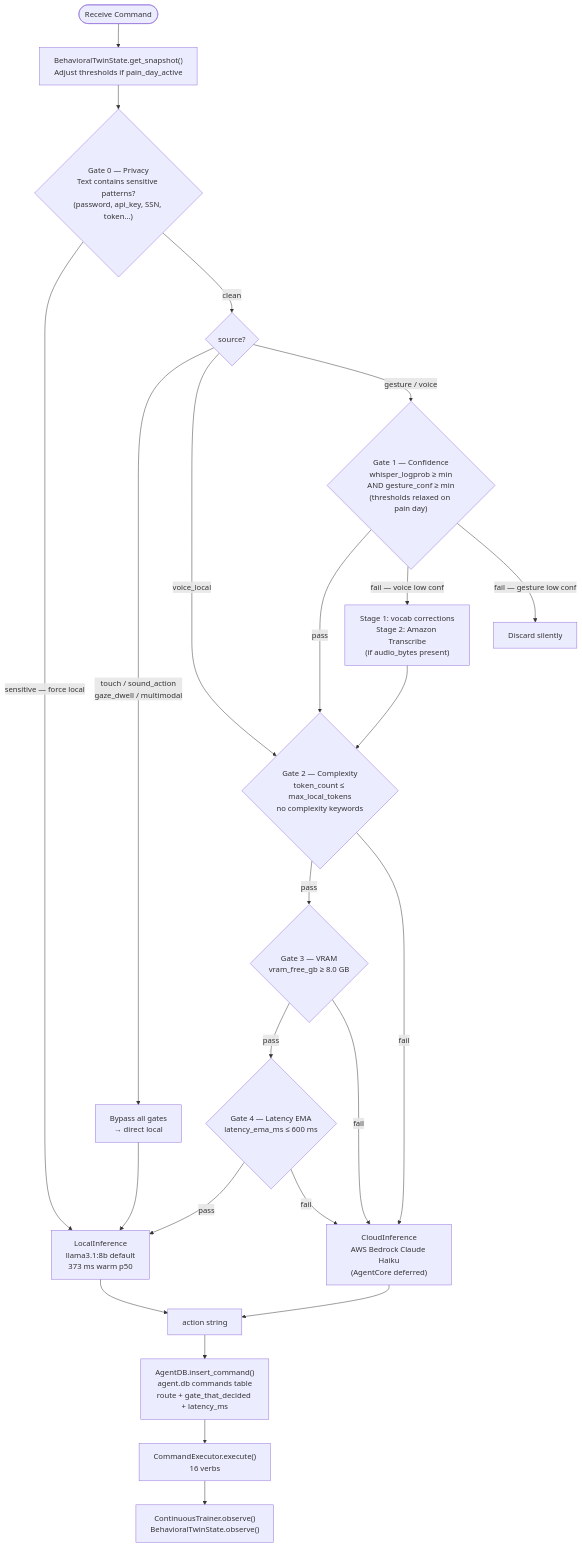
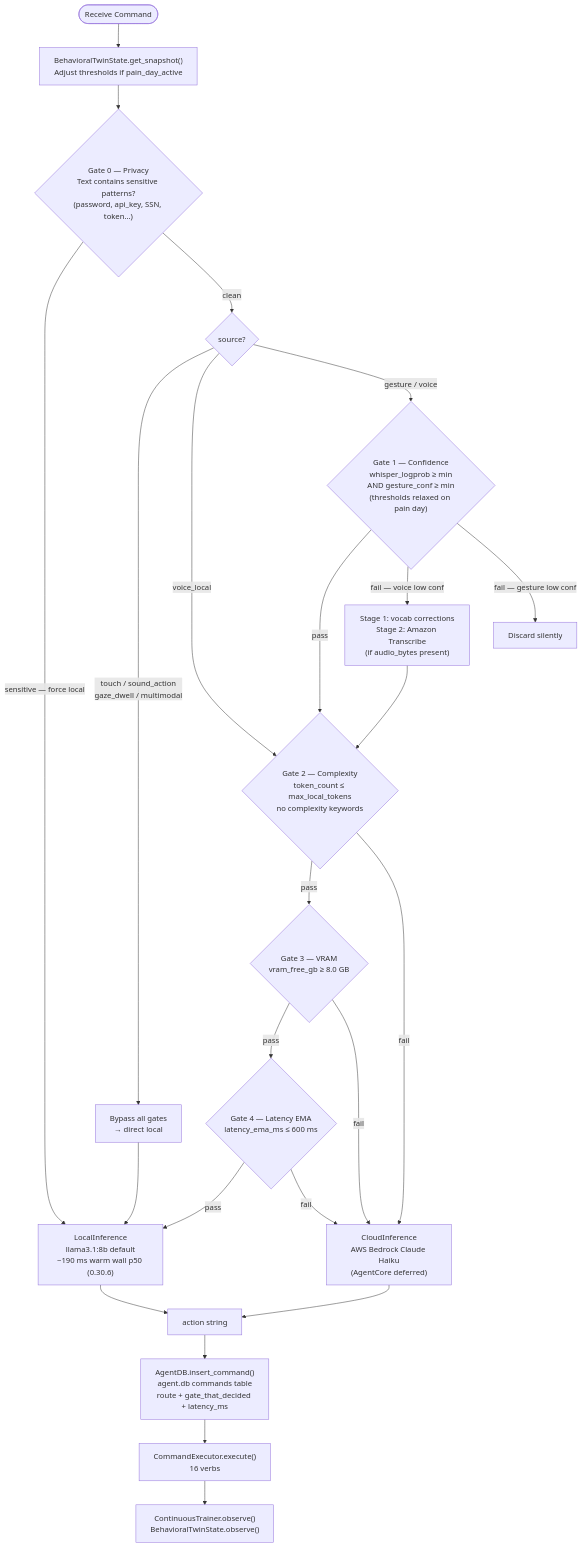
The second of 6 diagrams in .kiro/specs/ipad-sensor-focus/diagrams/06-fusion-routing.md (Bradly187/Personal-Desktop-Agent), drawn with Mermaid before and after one commit. The commit also changed 7 other files, not shown here.

````diff
--- a/.kiro/specs/ipad-sensor-focus/diagrams/06-fusion-routing.md
+++ b/.kiro/specs/ipad-sensor-focus/diagrams/06-fusion-routing.md
@@ -67,44 +67,44 @@
 ```mermaid
 flowchart TD
     A([Receive Command]) --> TWIN["BehavioralTwinState.get_snapshot()\nAdjust thresholds if pain_day_active"]
 
     TWIN --> G0{"Gate 0 — Privacy\nText contains sensitive patterns?\n(password, api_key, SSN, token…)"}
     G0 -->|sensitive — force local| LOCAL
     G0 -->|clean| B
 
     B{"source?"}
     B -->|"touch / sound_action\ngaze_dwell / multimodal"| BYPASS["Bypass all gates\n→ direct local"]
     B -->|"voice_local"| G2
     B -->|"gesture / voice"| G1
 
     BYPASS --> LOCAL
 
     G1{"Gate 1 — Confidence\nwhisper_logprob ≥ min\nAND gesture_conf ≥ min\n(thresholds relaxed on pain day)"}
     G1 -->|pass| G2
     G1 -->|fail — voice low conf| TRANSCRIBE["Stage 1: vocab corrections\nStage 2: Amazon Transcribe\n(if audio_bytes present)"]
     G1 -->|fail — gesture low conf| DISCARD["Discard silently"]
 
     TRANSCRIBE --> G2
 
     G2{"Gate 2 — Complexity\ntoken_count ≤ max_local_tokens\nno complexity keywords"}
     G2 -->|pass| G3
     G2 -->|fail| CLOUD
 
     G3{"Gate 3 — VRAM\nvram_free_gb ≥ 8.0 GB"}
     G3 -->|pass| G4
     G3 -->|fail| CLOUD
 
     G4{"Gate 4 — Latency EMA\nlatency_ema_ms ≤ 600 ms"}
     G4 -->|pass| LOCAL
     G4 -->|fail| CLOUD
 
-    LOCAL["LocalInference\nllama3.1:8b default\n373 ms warm p50"]
+    LOCAL["LocalInference\nllama3.1:8b default\n~190 ms warm wall p50 (0.30.6)"]
     CLOUD["CloudInference\nAWS Bedrock Claude Haiku\n(AgentCore deferred)"]
 
     LOCAL --> ACTION["action string"]
     CLOUD --> ACTION
 
     ACTION --> LOG["AgentDB.insert_command()\nagent.db commands table\nroute + gate_that_decided + latency_ms"]
     LOG --> EXEC["CommandExecutor.execute()\n16 verbs"]
     EXEC --> TRAINER["ContinuousTrainer.observe()\nBehavioralTwinState.observe()"]
 ```
````
